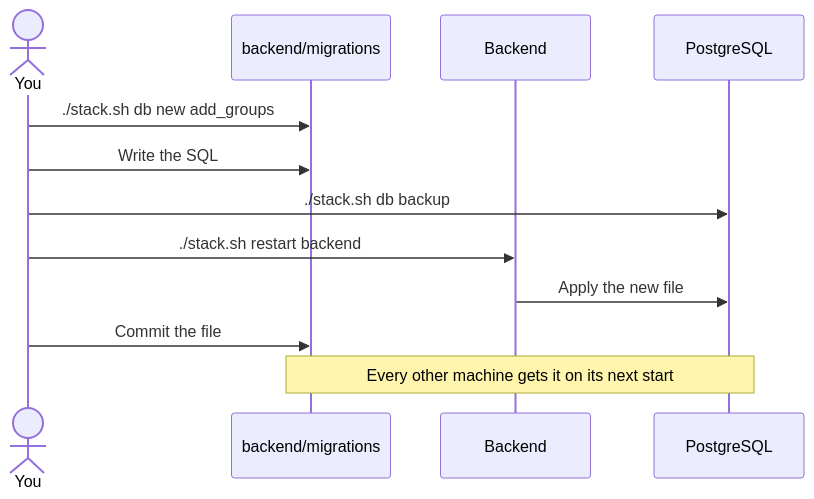
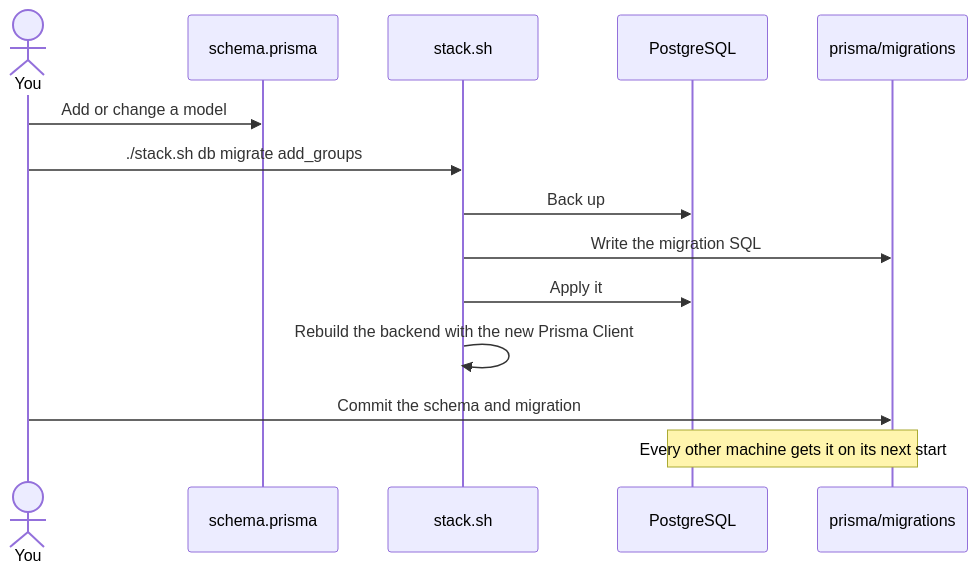
One commit to biruklarebo/veylith changed the third of 4 diagrams in docs/database.md. Above: the diagram before and after it, drawn with Mermaid. The commit also changed other lines of this file and 22 other files, not shown here.

````diff
--- a/docs/database.md
+++ b/docs/database.md
@@ -86,15 +97,17 @@
 ```mermaid
 sequenceDiagram
     actor You
-    participant Repo as backend/migrations
-    participant Backend
+    participant Schema as schema.prisma
+    participant Stack as stack.sh
     participant DB as PostgreSQL
+    participant Repo as prisma/migrations
 
-    You->>Repo: ./stack.sh db new add_groups
-    You->>Repo: Write the SQL
-    You->>DB: ./stack.sh db backup
-    You->>Backend: ./stack.sh restart backend
-    Backend->>DB: Apply the new file
-    You->>Repo: Commit the file
+    You->>Schema: Add or change a model
+    You->>Stack: ./stack.sh db migrate add_groups
+    Stack->>DB: Back up
+    Stack->>Repo: Write the migration SQL
+    Stack->>DB: Apply it
+    Stack->>Stack: Rebuild the backend with the new Prisma Client
+    You->>Repo: Commit the schema and migration
     Note over Repo,DB: Every other machine gets it on its next start
 ```
````
